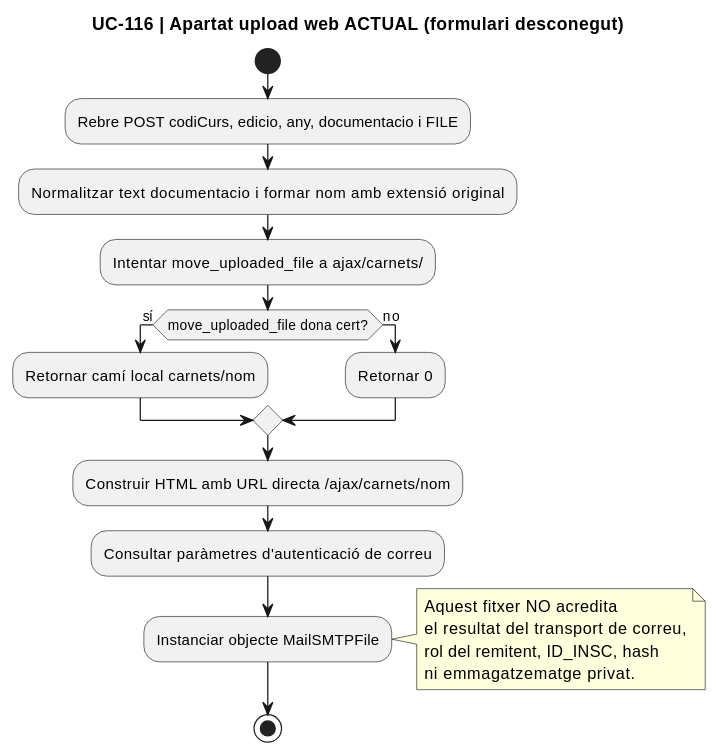
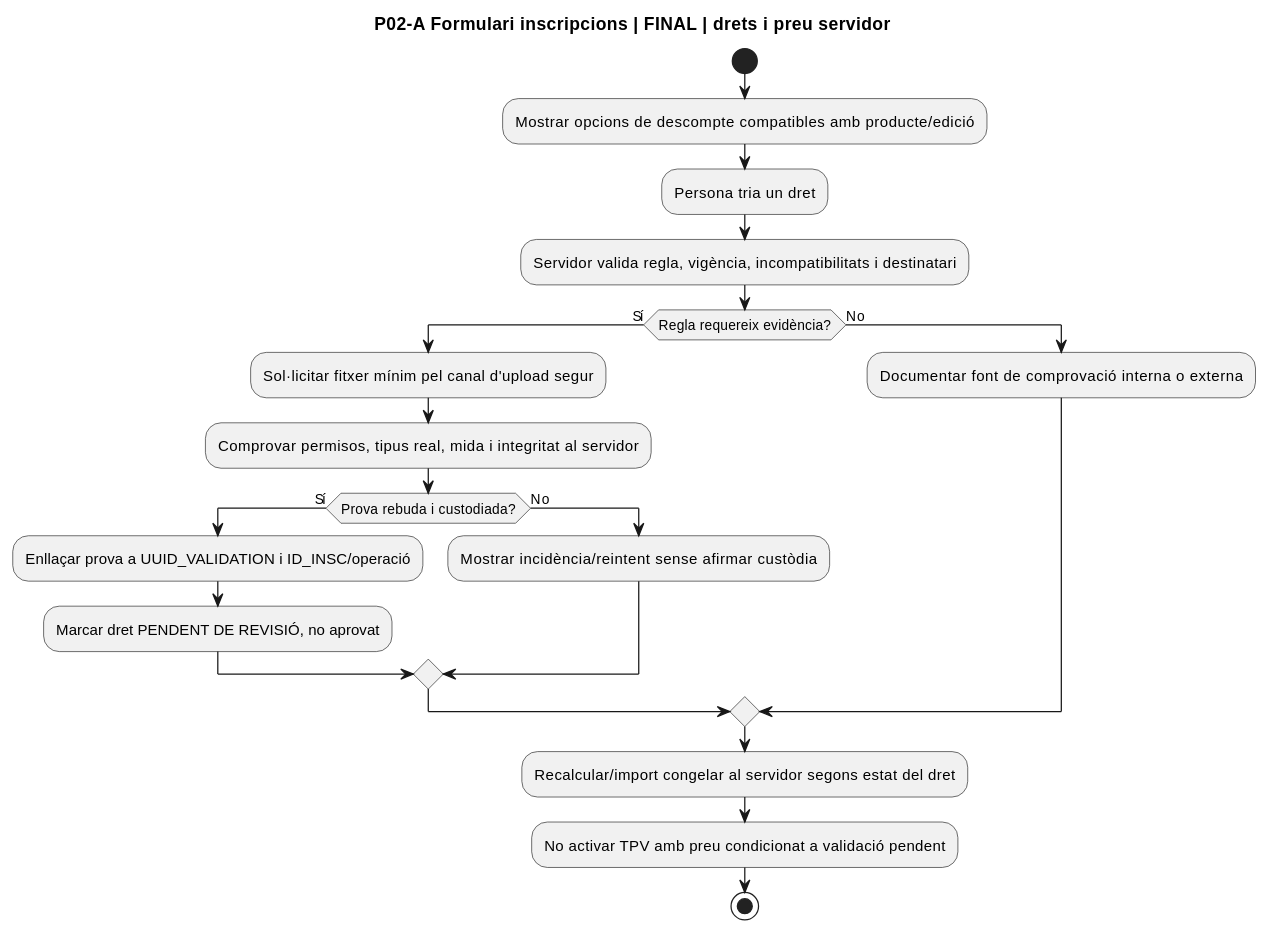
One commit to orgmeriemprismacat-del/verifactu changed the fourth of 10 diagrams in documentacio/07-uml-integrat/uc-116-activitats-pagines-justificants-actual-final.md. Above: the diagram before and after it, drawn with PlantUML. The commit also changed other lines of this file, not shown here.

Commit message:
docs: complete UC116 page activity diagrams with verified web form and intranet method

````diff
--- a/documentacio/07-uml-integrat/uc-116-activitats-pagines-justificants-actual-final.md
+++ b/documentacio/07-uml-integrat/uc-116-activitats-pagines-justificants-actual-final.md
@@ -69,24 +98,24 @@
 ```plantuml
 @startuml
-title UC-116 | Apartat upload web ACTUAL (formulari desconegut)
+title P02-A Formulari inscripcions | FINAL | drets i preu servidor
 start
-:Rebre POST codiCurs, edicio, any, documentacio i FILE;
-:Normalitzar text documentacio i formar nom amb extensió original;
-:Intentar move_uploaded_file a ajax/carnets/;
-if (move_uploaded_file dona cert?) then (sí)
-  :Retornar camí local carnets/nom;
-else (no)
-  :Retornar 0;
+:Mostrar opcions de descompte compatibles amb producte/edició;
+:Persona tria un dret;
+:Servidor valida regla, vigència, incompatibilitats i destinatari;
+if (Regla requereix evidència?) then (Sí)
+ :Sol·licitar fitxer mínim pel canal d'upload segur;
+ :Comprovar permisos, tipus real, mida i integritat al servidor;
+ if (Prova rebuda i custodiada?) then (Sí)
+  :Enllaçar prova a UUID_VALIDATION i ID_INSC/operació;
+  :Marcar dret PENDENT DE REVISIÓ, no aprovat;
+ else (No)
+  :Mostrar incidència/reintent sense afirmar custòdia;
+ endif
+else (No)
+ :Documentar font de comprovació interna o externa;
 endif
-:Construir HTML amb URL directa /ajax/carnets/nom;
-:Consultar paràmetres d'autenticació de correu;
-:Instanciar objecte MailSMTPFile;
-note right
-  Aquest fitxer NO acredita
-  el resultat del transport de correu,
-  rol del remitent, ID_INSC, hash
-  ni emmagatzematge privat.
-end note
+:Recalcular/import congelar al servidor segons estat del dret;
+:No activar TPV amb preu condicionat a validació pendent;
 stop
 @enduml
 ```
````
